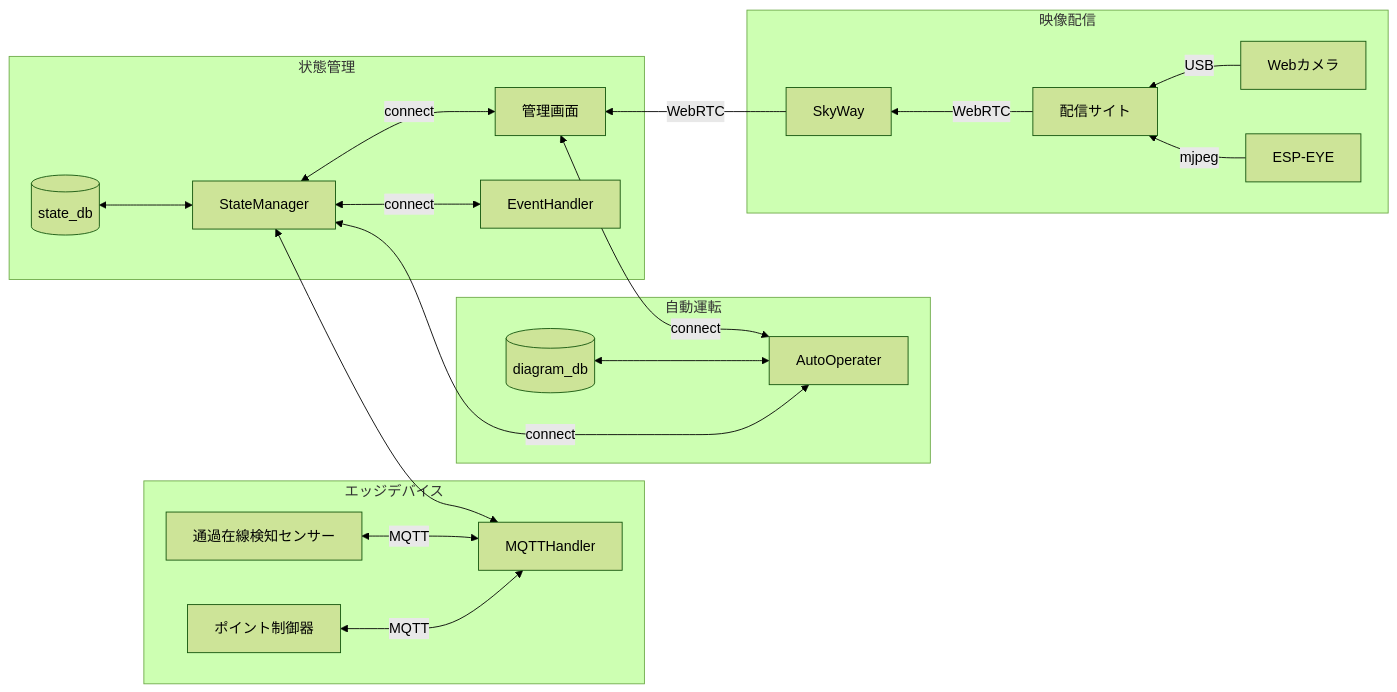
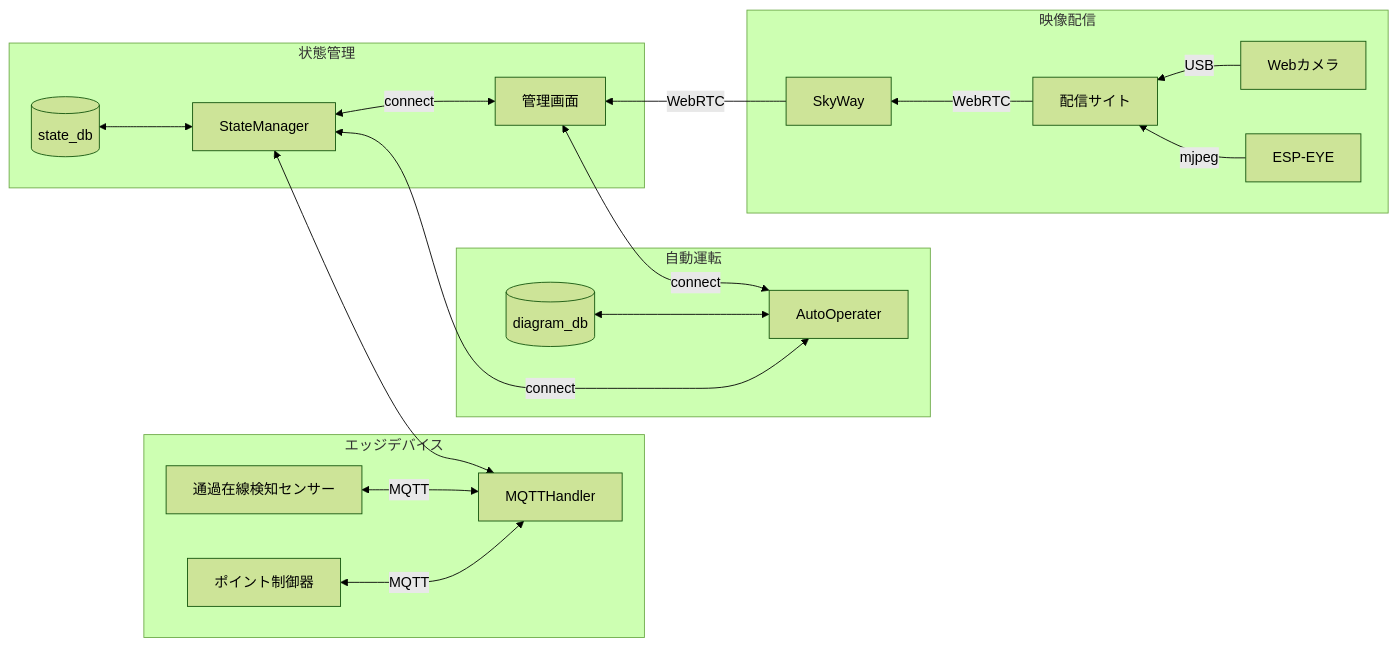
Before and after one commit to ueckoken/plarail2023: the diagram in documents/src/archtecture/archtecture.md, drawn with Mermaid (forest theme). The commit also changed other lines of this file, not shown here.

Commit message:
remove EventHandler

````diff
--- a/documents/src/archtecture/archtecture.md
+++ b/documents/src/archtecture/archtecture.md
@@ -5,31 +5,30 @@
 ```mermaid
 flowchart RL
 
 subgraph エッジデバイス
 MQTTHandler <-->|"MQTT"| 通過在線検知センサー
 MQTTHandler <-->|"MQTT"| ポイント制御器
 end
 
 subgraph 状態管理
 管理画面 <-->|"connect"| StateManager
 MQTTHandler <--> StateManager
-EventHandler <-->|"connect"| StateManager
 StateManager <--> DB1[(state_db)]
 end
 
 subgraph 自動運転
 AutoOperater <-->|"connect"| StateManager
 AutoOperater <--> DB2[(diagram_db)]
 AutoOperater <-->|"connect"| 管理画面
 end
 
 subgraph 映像配信
 Webカメラ --> |"USB"| 配信サイト
 ESP-EYE -->|"mjpeg"| 配信サイト
 配信サイト -->|"WebRTC"| SkyWay
 SkyWay -->|"WebRTC"| 管理画面
 end
 
 
 
 ```
````
